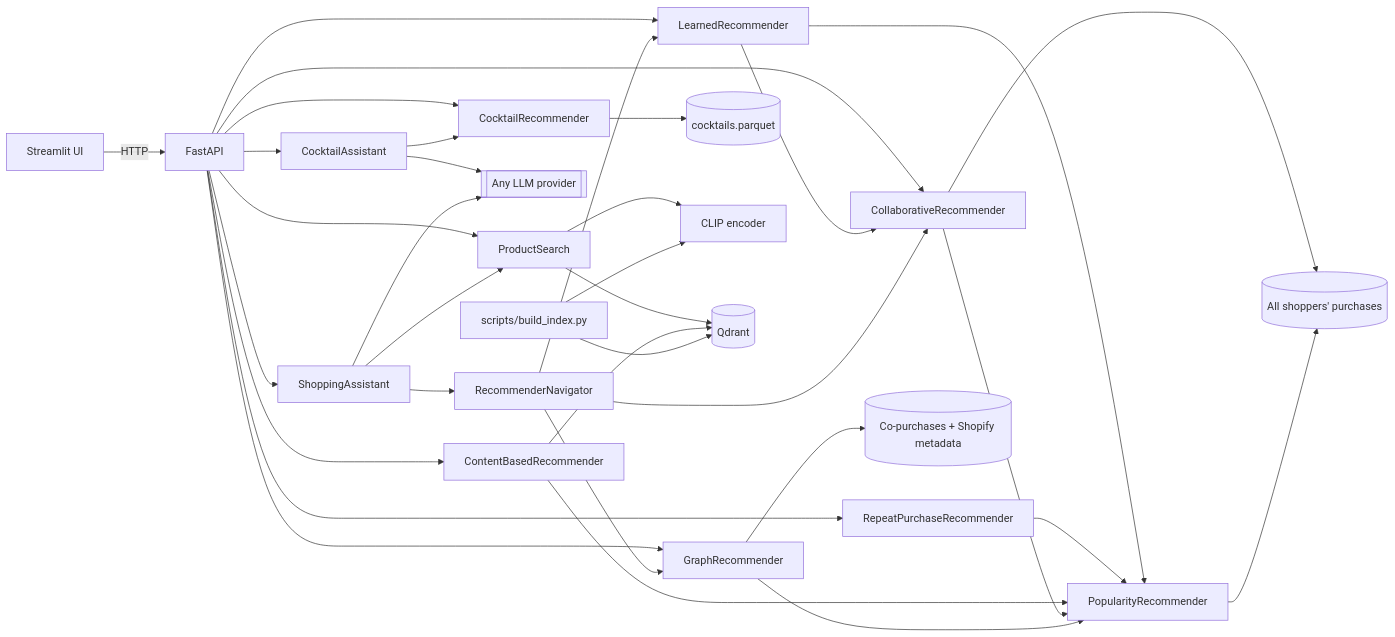
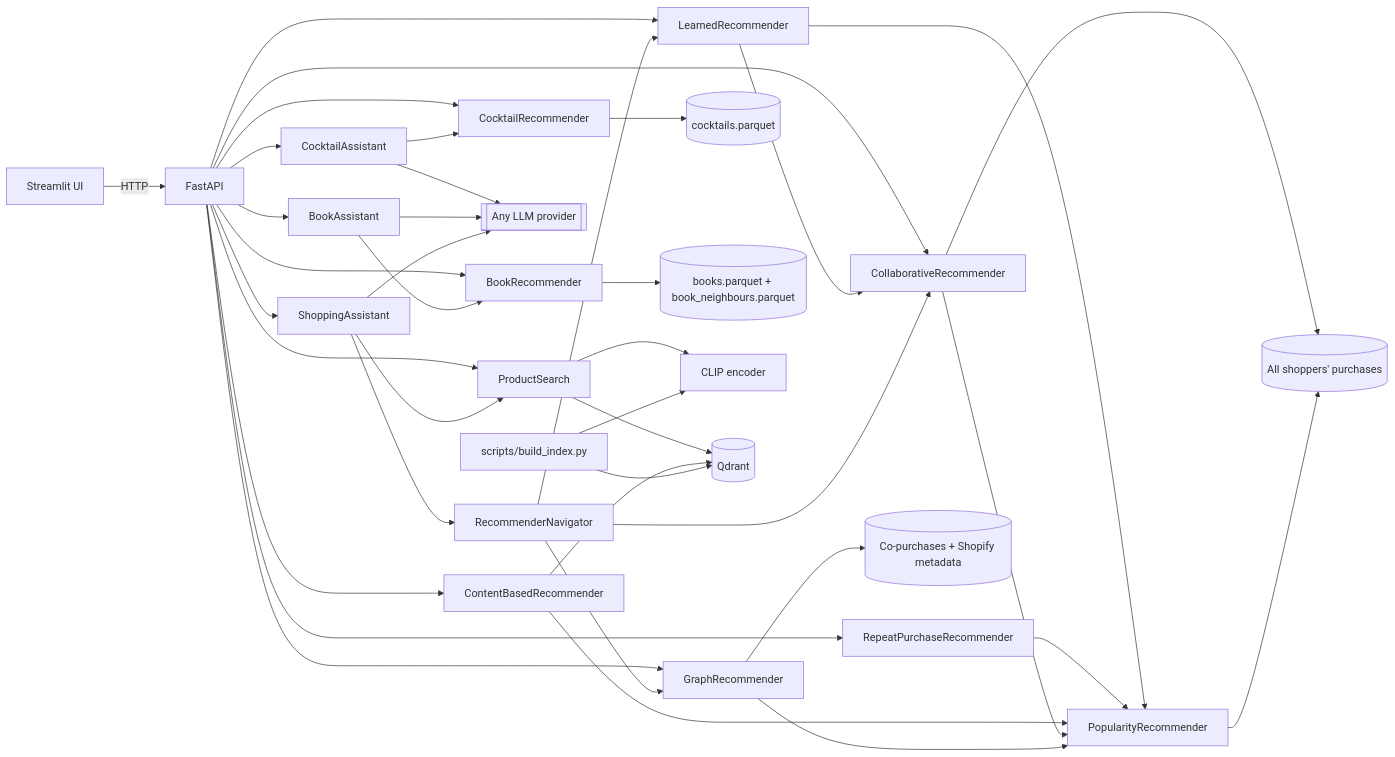
Before and after one commit to yo1am1/curio: the diagram in docs/technical-guide.md, drawn with Mermaid. The commit also changed other lines of this file and 10 other files, not shown here.

````diff
--- a/docs/technical-guide.md
+++ b/docs/technical-guide.md
@@ -153,30 +226,35 @@
 ```mermaid
 flowchart LR
     UI[Streamlit UI] -- HTTP --> API[FastAPI]
     API --> S[ProductSearch]
     API --> CB[ContentBasedRecommender]
     API --> CF[CollaborativeRecommender]
     API --> R[LearnedRecommender]
     API --> RP[RepeatPurchaseRecommender]
     R --> CF & P
     RP --> P
     API --> G[GraphRecommender]
     API --> A[ShoppingAssistant]
     API --> CA[CocktailAssistant]
     API --> CR[CocktailRecommender]
     CR --> CC[(cocktails.parquet)]
     CA --> CR
     CA --> LLM
+    API --> BA[BookAssistant]
+    API --> BR[BookRecommender]
+    BR --> BC[(books.parquet + book_neighbours.parquet)]
+    BA --> BR
+    BA --> LLM
     S --> E[CLIP encoder]
     S --> Q[(Qdrant)]
     CB --> Q
     CB & CF --> P[PopularityRecommender]
     CF & P --> SP[(All shoppers' purchases)]
     G --> P
     G --> KG[(Co-purchases + Shopify metadata)]
     A --> LLM[[Any LLM provider]]
     A --> S
     A --> N[RecommenderNavigator]
     N --> G & R & CF
     B[scripts/build_index.py] --> E & Q
 ```
````
